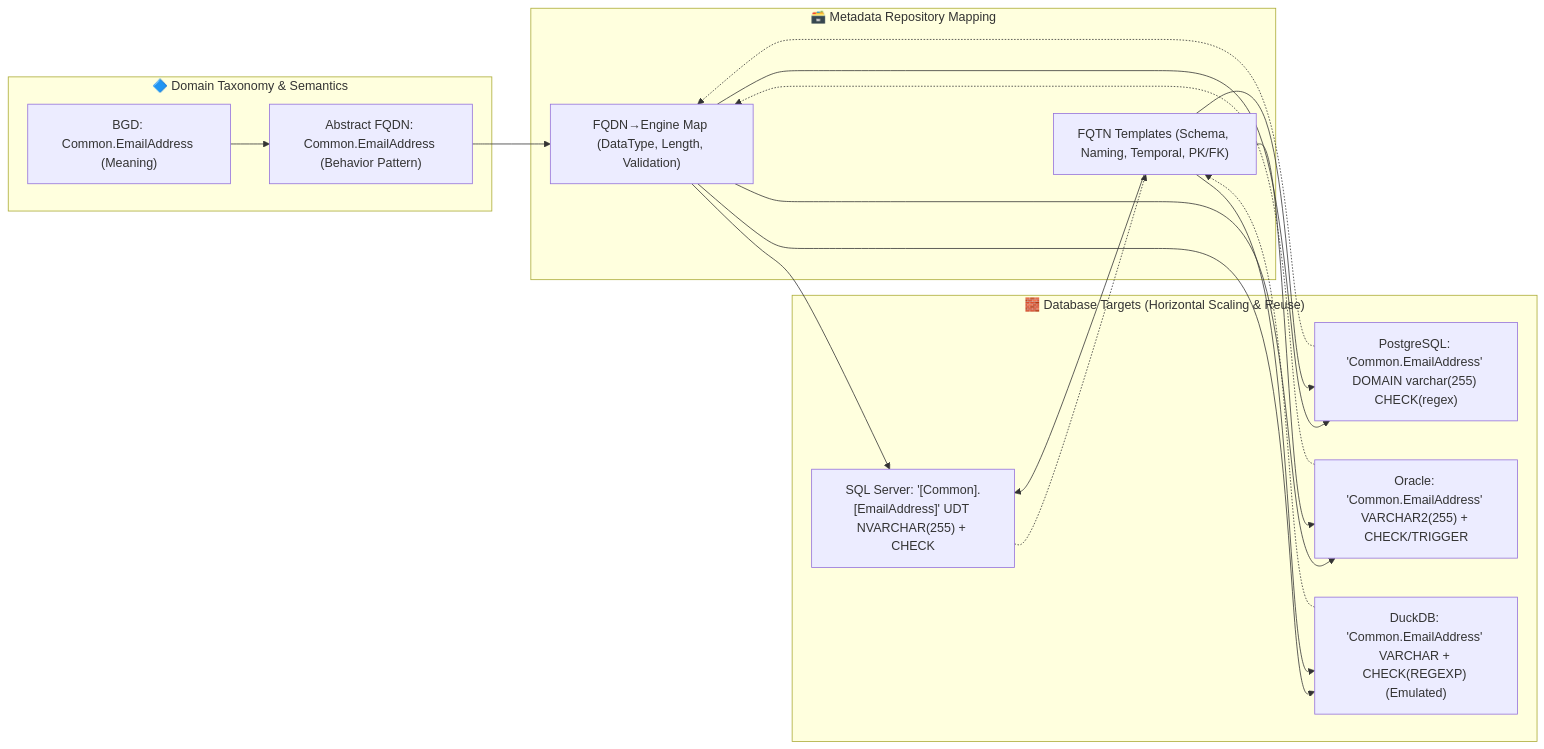
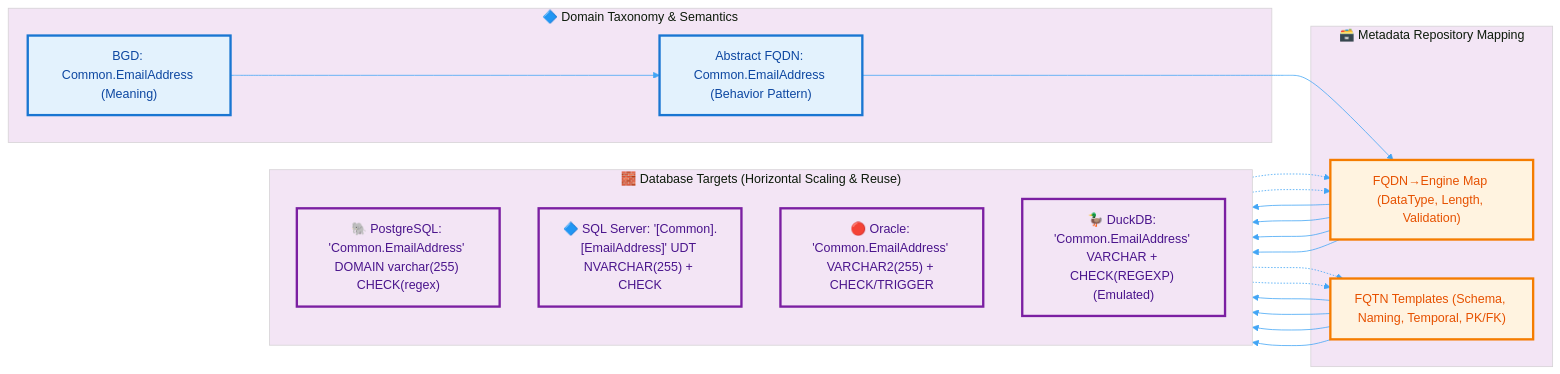
The third of 3 diagrams in MyMarkdown/D⁴TKG/00 The Meta-Modeling Renaissance-How D⁴ Bridges Elicitation, Governance, and Execution in the Age of AI.md (QCadjunct/cpython), drawn with Mermaid before and after one commit.

Commit message:
Add icons to database targets in flowchart
Enhanced the flowchart in the markdown file with icons for better visual representation and clarity.

````diff
--- a/MyMarkdown/D⁴TKG/00 The Meta-Modeling Renaissance-How D⁴ Bridges Elicitation, Governance, and Execution in the Age of AI.md
+++ b/MyMarkdown/D⁴TKG/00 The Meta-Modeling Renaissance-How D⁴ Bridges Elicitation, Governance, and Execution in the Age of AI.md
@@ -196,37 +196,47 @@
 ```mermaid
+%%{init: {'theme':'base', 'themeVariables': { 'primaryColor':'#e3f2fd','primaryTextColor':'#0d47a1','primaryBorderColor':'#1976d2','lineColor':'#42a5f5','secondaryColor':'#fff3e0','tertiaryColor':'#f3e5f5','fontSize':'16px'}}}%%
 flowchart LR
     subgraph TAXO ["🔷 Domain Taxonomy & Semantics"]
         A1["BGD: Common.EmailAddress (Meaning)"]
         A2["Abstract FQDN: Common.EmailAddress (Behavior Pattern)"]
     end
 
     subgraph MAP ["🗃️ Metadata Repository Mapping"]
         M1["FQDN→Engine Map (DataType, Length, Validation)"]
         M2["FQTN Templates (Schema, Naming, Temporal, PK/FK)"]
     end
 
     subgraph TARGETS ["🧱 Database Targets (Horizontal Scaling & Reuse)"]
-        B1["PostgreSQL: 'Common.EmailAddress' DOMAIN varchar(255) CHECK(regex)"]
-        B2["SQL Server: '[Common].[EmailAddress]' UDT NVARCHAR(255) + CHECK"]
-        B3["Oracle: 'Common.EmailAddress' VARCHAR2(255) + CHECK/TRIGGER"]
-        B4["DuckDB: 'Common.EmailAddress' VARCHAR + CHECK(REGEXP) (Emulated)"]
+        direction TB
+        B1["🐘 PostgreSQL: 'Common.EmailAddress' DOMAIN varchar(255) CHECK(regex)"]
+        B2["🔷 SQL Server: '[Common].[EmailAddress]' UDT NVARCHAR(255) + CHECK"]
+        B3["🔴 Oracle: 'Common.EmailAddress' VARCHAR2(255) + CHECK/TRIGGER"]
+        B4["🦆 DuckDB: 'Common.EmailAddress' VARCHAR + CHECK(REGEXP) (Emulated)"]
     end
 
     A1 --> A2
     A2 --> M1
     M1 --> B1
     M1 --> B2
     M1 --> B3
     M1 --> B4
 
     M2 --> B1
     M2 --> B2
     M2 --> B3
     M2 --> B4
 
     B1 -.-> M1
     B2 -.-> M2
     B3 -.-> M1
     B4 -.-> M2
 
+    classDef taxonomyClass fill:#e3f2fd,stroke:#1976d2,stroke-width:3px,color:#0d47a1
+    classDef mapClass fill:#fff3e0,stroke:#f57c00,stroke-width:3px,color:#e65100
+    classDef targetClass fill:#f3e5f5,stroke:#7b1fa2,stroke-width:3px,color:#4a148c
+    
+    class A1,A2 taxonomyClass
+    class M1,M2 mapClass
+    class B1,B2,B3,B4 targetClass
+
 ```
````
